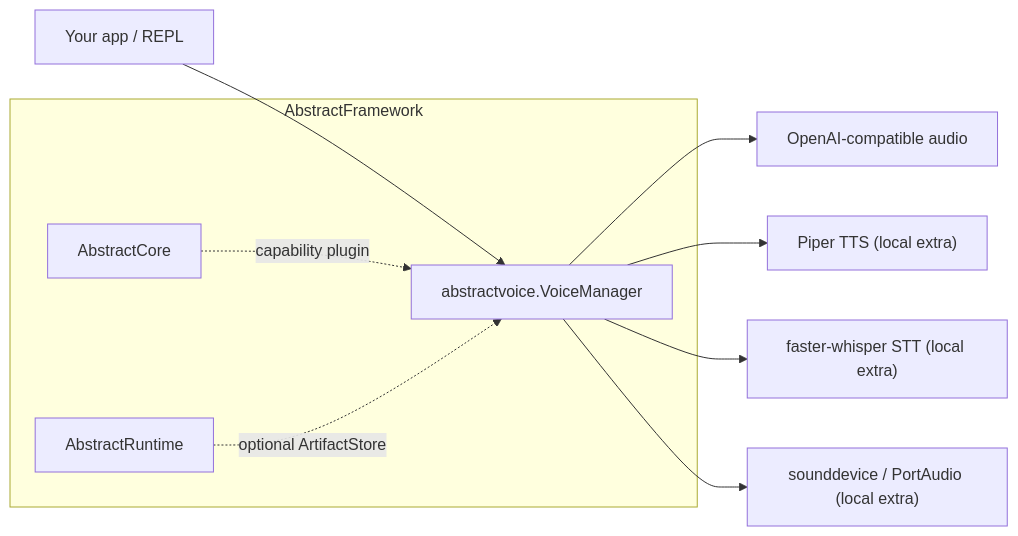
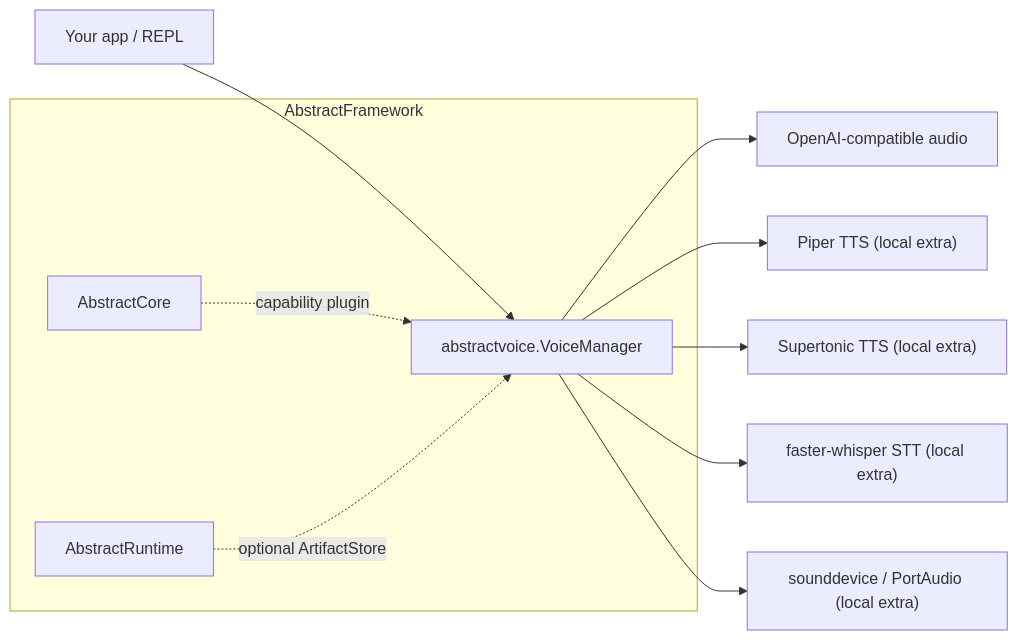
One commit to lpalbou/AbstractVoice changed the diagram in README.md. Above: the diagram before and after it, drawn with Mermaid. The commit also changed other lines of this file and 64 other files, not shown here.

````diff
--- a/README.md
+++ b/README.md
@@ -70,13 +77,14 @@
 ```mermaid
 flowchart LR
   App["Your app / REPL"] --> VM["abstractvoice.VoiceManager"]
   VM --> Remote["OpenAI-compatible audio"]
   VM --> TTS["Piper TTS (local extra)"]
+  VM --> Supertonic["Supertonic TTS (local extra)"]
   VM --> STT["faster-whisper STT (local extra)"]
   VM --> IO["sounddevice / PortAudio (local extra)"]
 
   subgraph AbstractFramework
     AC["AbstractCore"] -. "capability plugin" .-> VM
     AR["AbstractRuntime"] -. "optional ArtifactStore" .-> VM
   end
 ```
````
